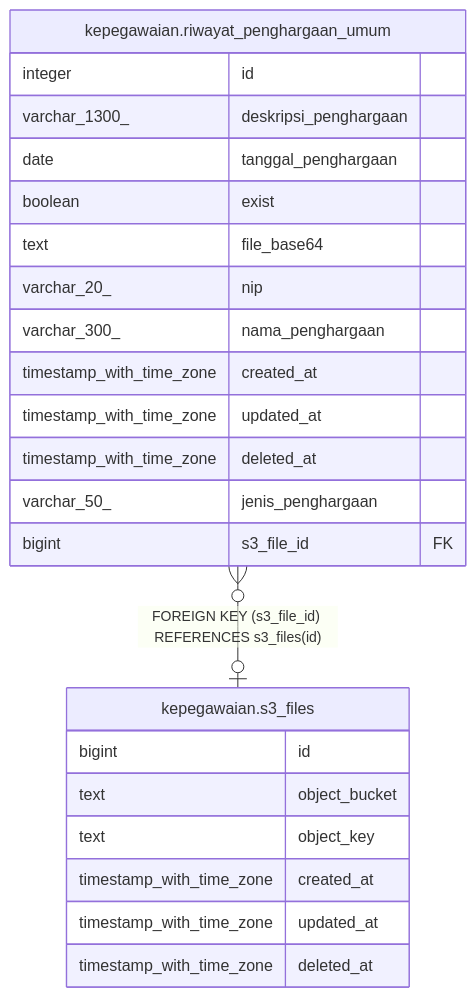
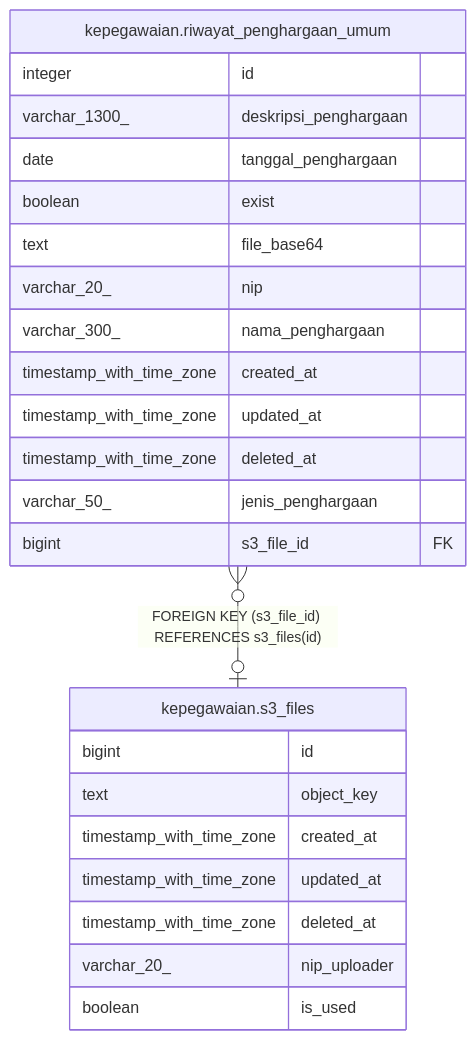
Before and after one commit to nandanugg/triforce.nvim: the diagram in services/kepegawaian/docs/db/kepegawaian.riwayat_penghargaan_umum.md, drawn with Mermaid. The commit also changed 17 other files, not shown here.

````diff
--- a/services/kepegawaian/docs/db/kepegawaian.riwayat_penghargaan_umum.md
+++ b/services/kepegawaian/docs/db/kepegawaian.riwayat_penghargaan_umum.md
@@ -39,28 +39,29 @@
 ```mermaid
 erDiagram
 
 "kepegawaian.riwayat_penghargaan_umum" }o--o| "kepegawaian.s3_files" : "FOREIGN KEY (s3_file_id) REFERENCES s3_files(id)"
 
 "kepegawaian.riwayat_penghargaan_umum" {
   integer id
   varchar_1300_ deskripsi_penghargaan
   date tanggal_penghargaan
   boolean exist
   text file_base64
   varchar_20_ nip
   varchar_300_ nama_penghargaan
   timestamp_with_time_zone created_at
   timestamp_with_time_zone updated_at
   timestamp_with_time_zone deleted_at
   varchar_50_ jenis_penghargaan
   bigint s3_file_id FK
 }
 "kepegawaian.s3_files" {
   bigint id
-  text object_bucket
   text object_key
   timestamp_with_time_zone created_at
   timestamp_with_time_zone updated_at
   timestamp_with_time_zone deleted_at
+  varchar_20_ nip_uploader
+  boolean is_used
 }
 ```
````
